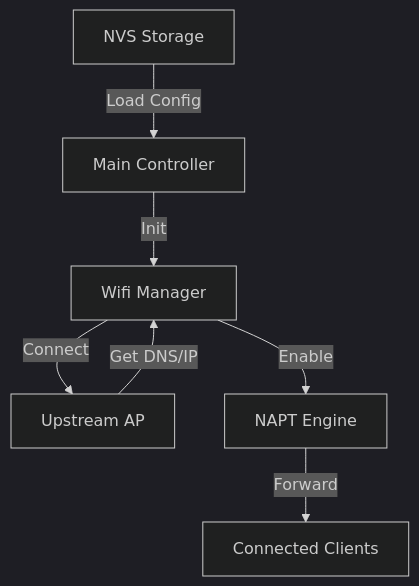
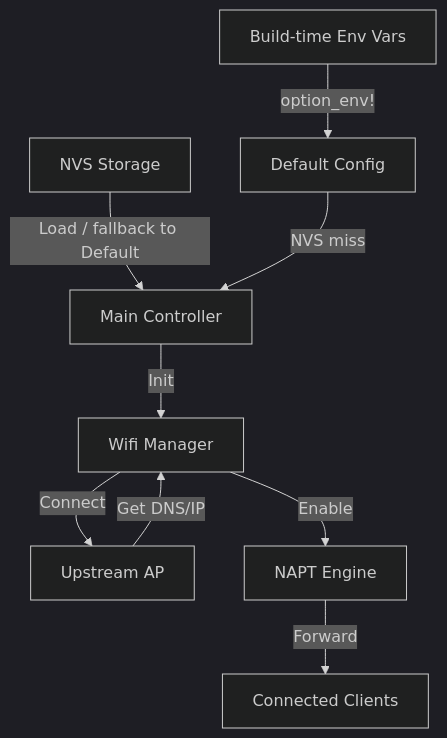
One commit to malken21/esp32c3-wifi-repeater changed the diagram in docs/ARCHITECTURE.md. Above: the diagram before and after it, drawn with Mermaid (dark theme). The commit also changed other lines of this file and 15 other files, not shown here.

````diff
--- a/docs/ARCHITECTURE.md
+++ b/docs/ARCHITECTURE.md
@@ -14,9 +15,11 @@
 ```mermaid
 graph TD
-    NVS[NVS Storage] -->|Load Config| Main[Main Controller]
+    ENV[Build-time Env Vars] -->|option_env!| Default[Default Config]
+    NVS[NVS Storage] -->|Load / fallback to Default| Main[Main Controller]
+    Default -->|NVS miss| Main
     Main -->|Init| Wifi[Wifi Manager]
     Wifi -->|Connect| Upstream[Upstream AP]
     Upstream -->|Get DNS/IP| Wifi
     Wifi -->|Enable| NAPT[NAPT Engine]
     NAPT -->|Forward| Clients[Connected Clients]
 ```
````
